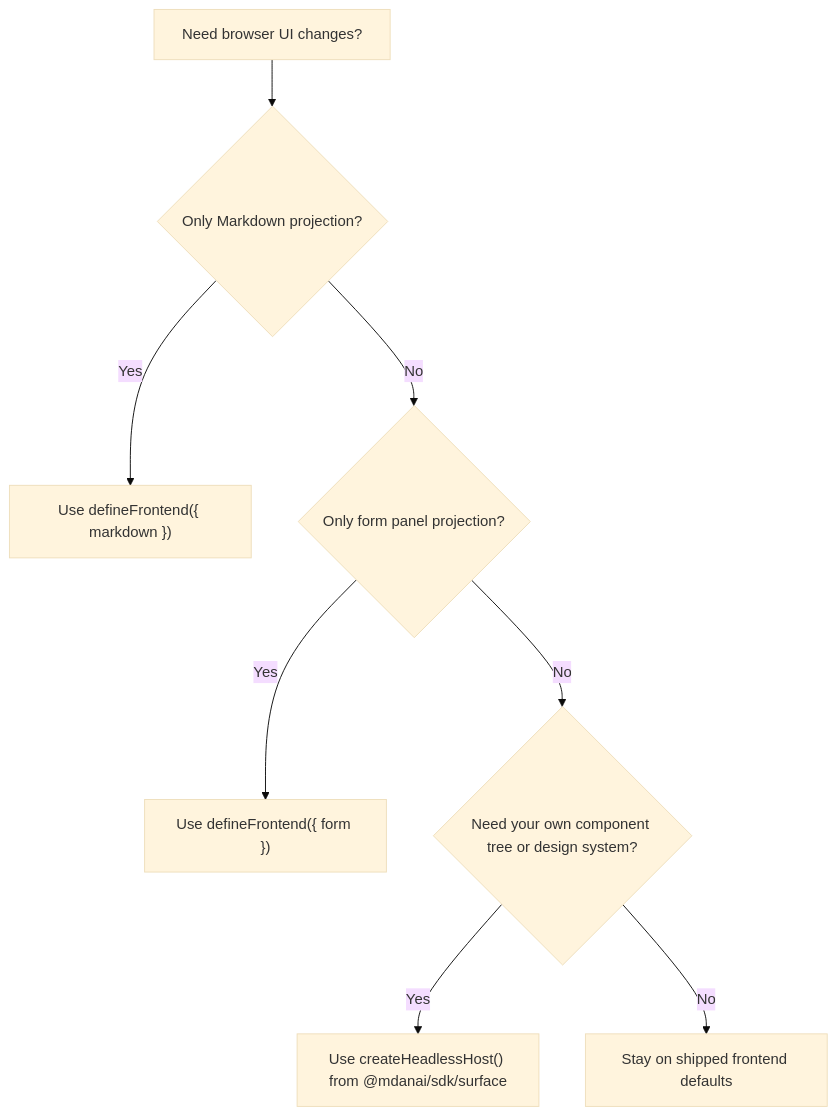
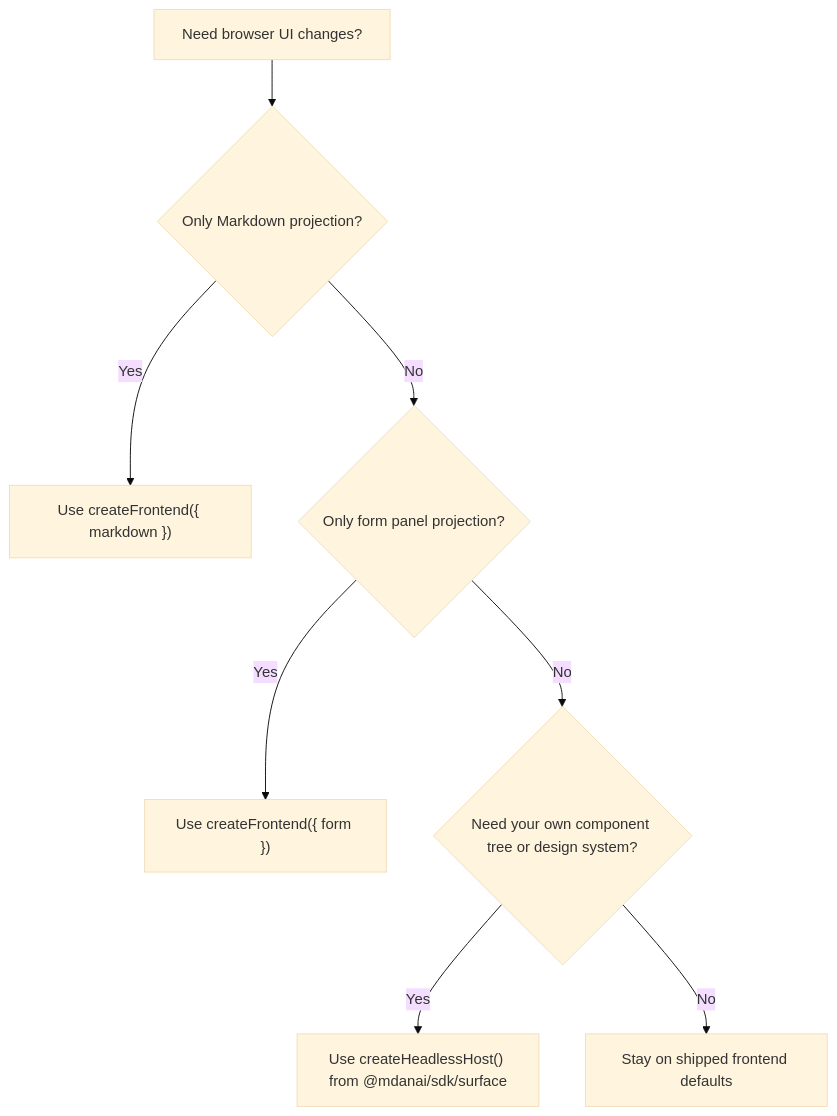
The diagram in docs/choose-a-rendering-path.md (mdan-ai/mdan), drawn with Mermaid (base theme) before and after one commit. The commit also changed other lines of this file and 10 other files, not shown here.

````diff
--- a/docs/choose-a-rendering-path.md
+++ b/docs/choose-a-rendering-path.md
@@ -19,10 +19,10 @@
 ```mermaid
 flowchart TD
     A["Need browser UI changes?"] --> B{"Only Markdown projection?"}
-    B -->|Yes| C["Use defineFrontend({ markdown })"]
+    B -->|Yes| C["Use createFrontend({ markdown })"]
     B -->|No| D{"Only form panel projection?"}
-    D -->|Yes| E["Use defineFrontend({ form })"]
+    D -->|Yes| E["Use createFrontend({ form })"]
     D -->|No| F{"Need your own component tree or design system?"}
     F -->|Yes| G["Use createHeadlessHost() from @mdanai/sdk/surface"]
     F -->|No| H["Stay on shipped frontend defaults"]
 ```
````
